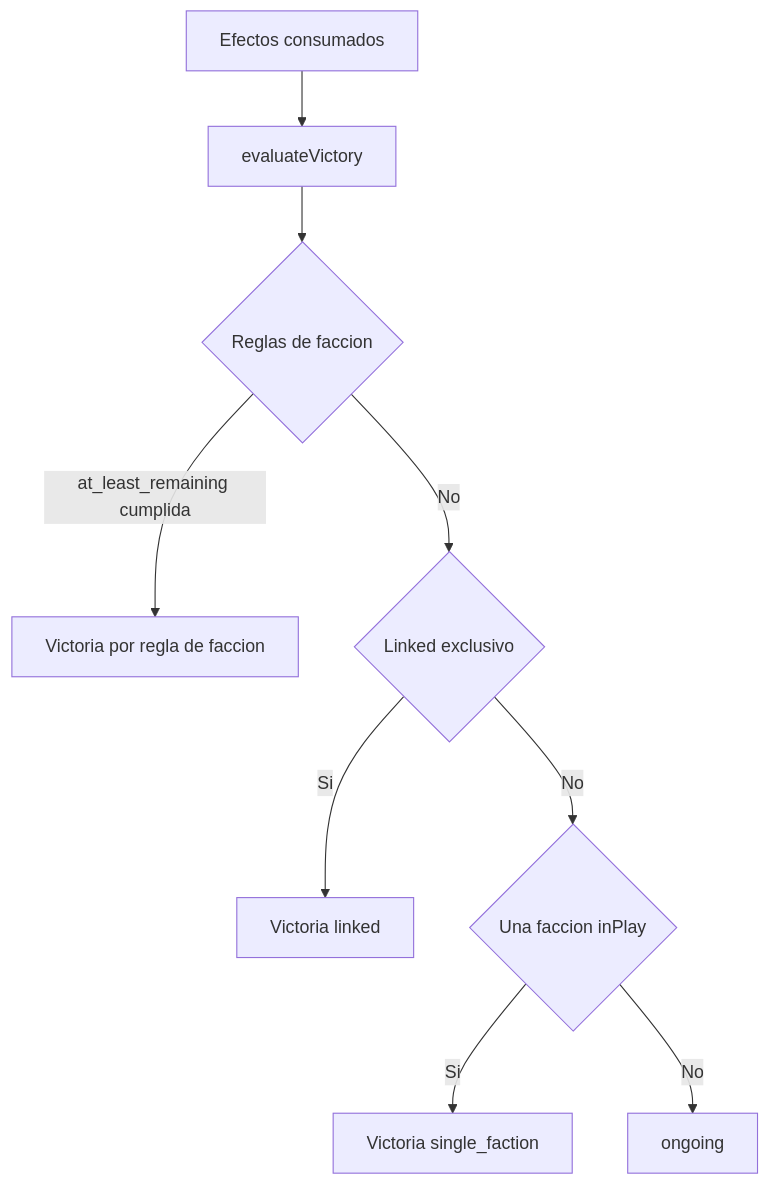
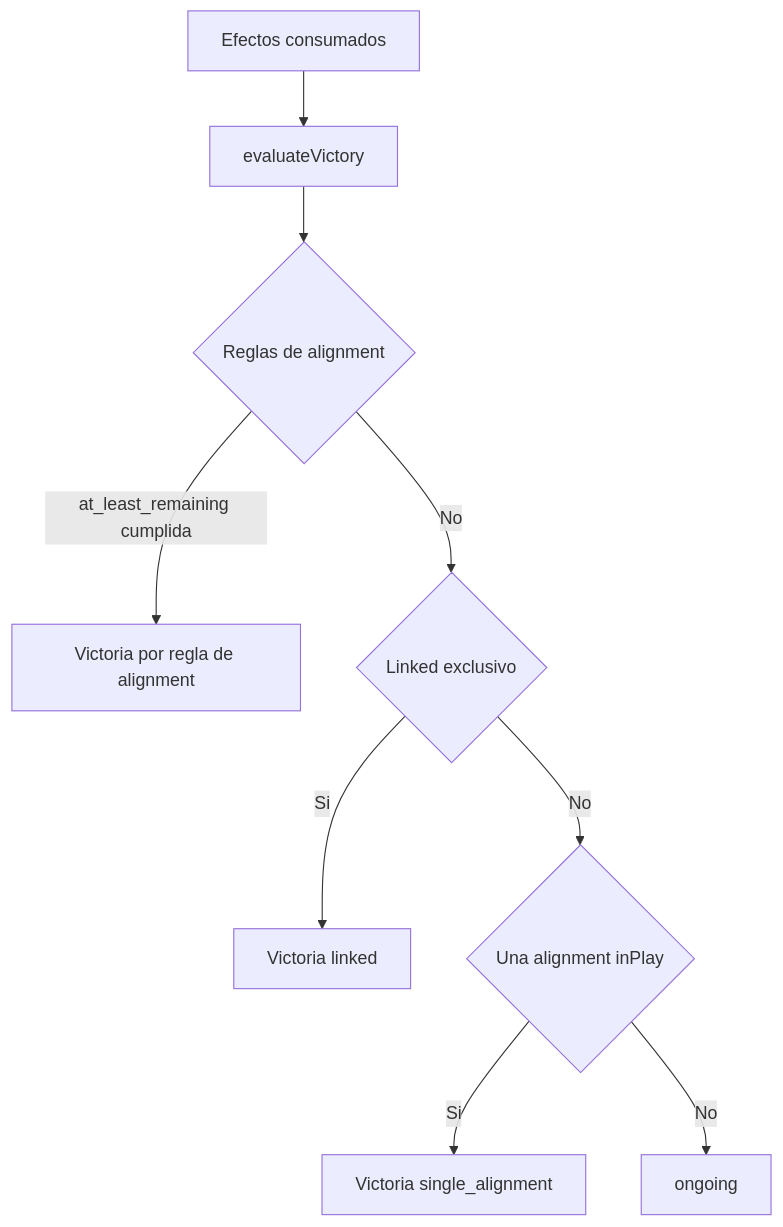
Before and after one commit to juanramonmorandeira/castronegro-director: the ninth of 12 diagrams in docs/engine_flow_map.md, drawn with Mermaid. The commit also changed other lines of this file and 29 other files, not shown here.

````diff
--- a/docs/engine_flow_map.md
+++ b/docs/engine_flow_map.md
@@ -336,11 +389,11 @@
 ```mermaid
 graph TD
   A[Efectos consumados] --> B[evaluateVictory]
-  B --> C{Reglas de faccion}
-  C -->|at_least_remaining cumplida| D[Victoria por regla de faccion]
+  B --> C{Reglas de alignment}
+  C -->|at_least_remaining cumplida| D[Victoria por regla de alignment]
   C -->|No| E{Linked exclusivo}
   E -->|Si| F[Victoria linked]
-  E -->|No| G{Una faccion inPlay}
-  G -->|Si| H[Victoria single_faction]
+  E -->|No| G{Una alignment inPlay}
+  G -->|Si| H[Victoria single_alignment]
   G -->|No| I[ongoing]
 ```
````
